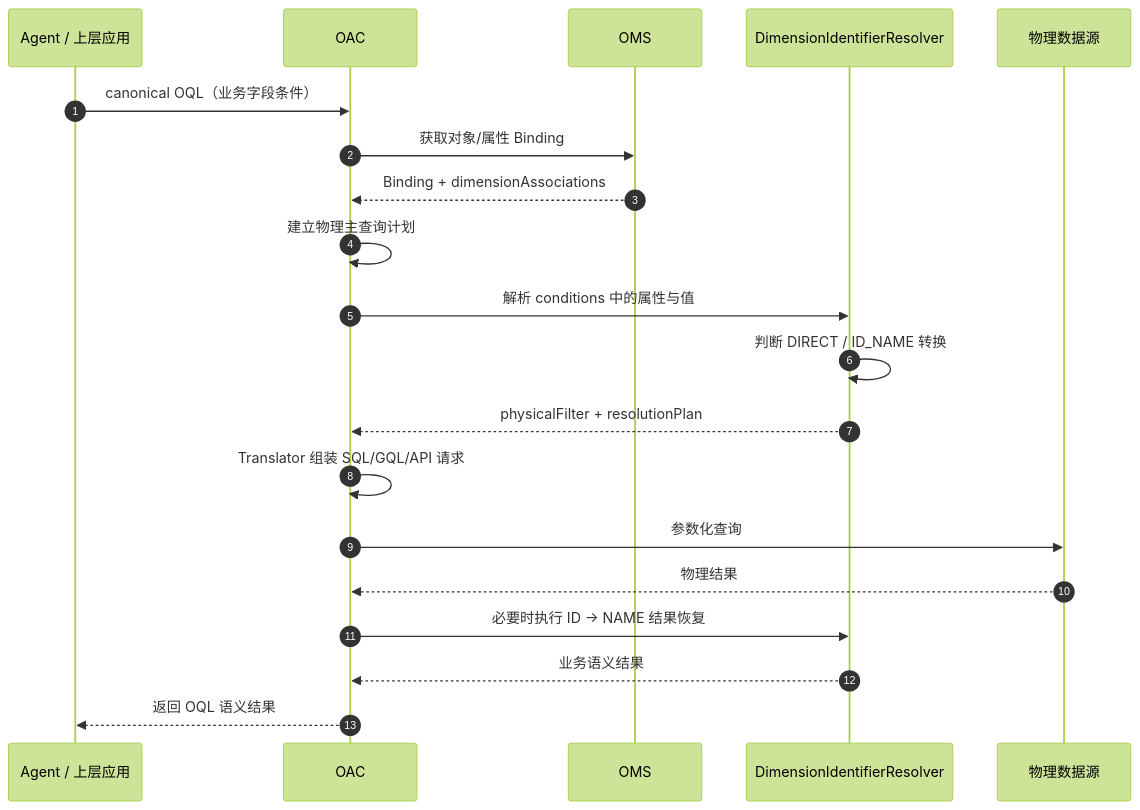
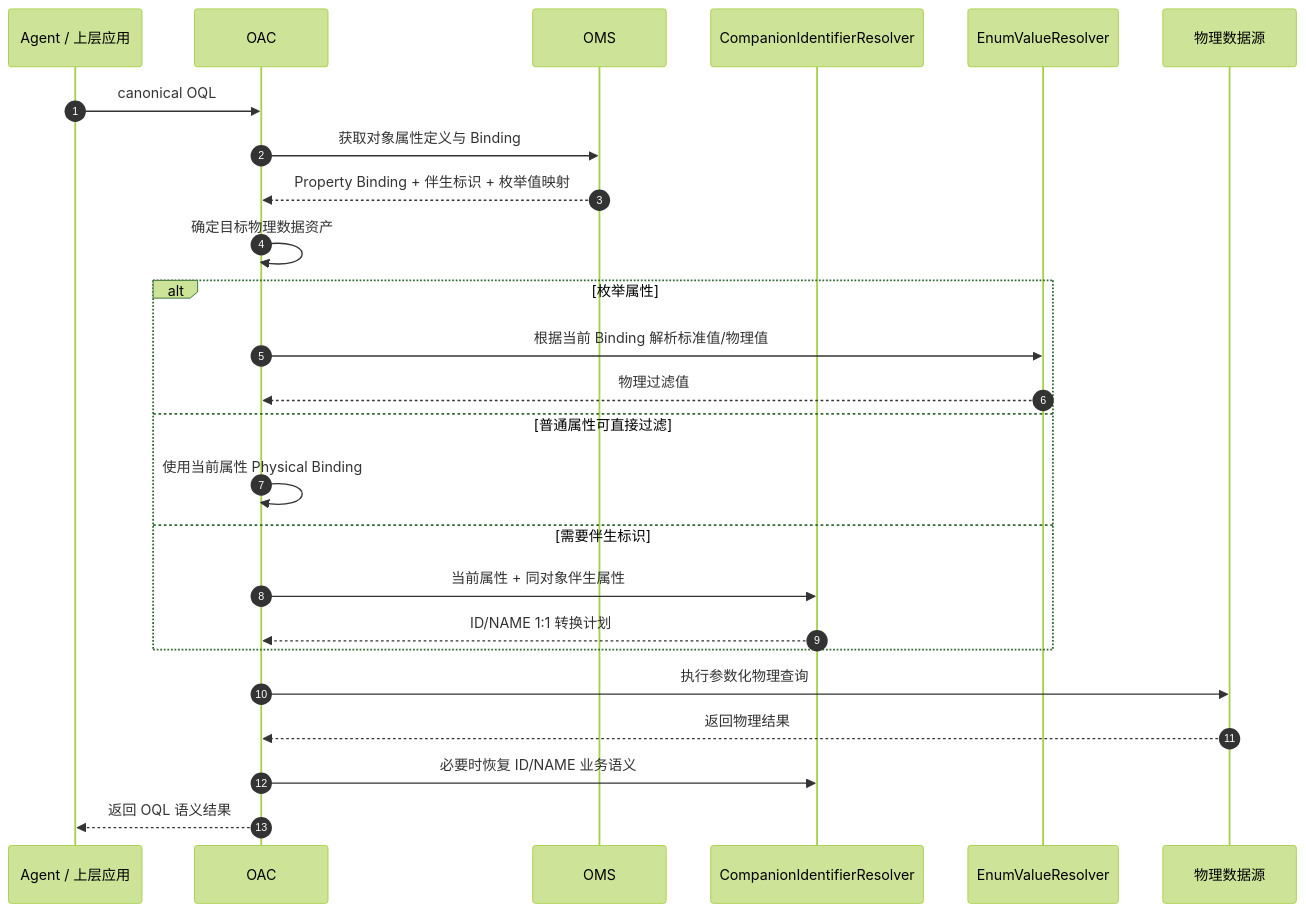
One commit to cfwl100/onology_dsl changed the diagram in docs/SR20260829399078 多标识语义解析与自动转换 功能设计说明书.md. Above: the diagram before and after it, drawn with Mermaid (forest theme). The commit also changed other lines of this file, not shown here.

Commit message:
docs: simplify companion identifier design for SR20260829399078

````diff
--- a/docs/SR20260829399078 多标识语义解析与自动转换 功能设计说明书.md
+++ b/docs/SR20260829399078 多标识语义解析与自动转换 功能设计说明书.md
@@ -1052,23 +937,28 @@
 ```mermaid
 sequenceDiagram
     autonumber
     participant A as Agent / 上层应用
     participant O as OAC
     participant M as OMS
-    participant R as DimensionIdentifierResolver
+    participant C as CompanionIdentifierResolver
+    participant E as EnumValueResolver
     participant D as 物理数据源
 
-    A->>O: canonical OQL（业务字段条件）
-    O->>M: 获取对象/属性 Binding
-    M-->>O: Binding + dimensionAssociations
-    O->>O: 建立物理主查询计划
-    O->>R: 解析 conditions 中的属性与值
-    R->>R: 判断 DIRECT / ID_NAME 转换
-    R-->>O: physicalFilter + resolutionPlan
-    O->>O: Translator 组装 SQL/GQL/API 请求
-    O->>D: 参数化查询
-    D-->>O: 物理结果
-    O->>R: 必要时执行 ID -> NAME 结果恢复
-    R-->>O: 业务语义结果
+    A->>O: canonical OQL
+    O->>M: 获取对象属性定义与 Binding
+    M-->>O: Property Binding + 伴生标识 + 枚举值映射
+    O->>O: 确定目标物理数据资产
+    alt 枚举属性
+        O->>E: 根据当前 Binding 解析标准值/物理值
+        E-->>O: 物理过滤值
+    else 普通属性可直接过滤
+        O->>O: 使用当前属性 Physical Binding
+    else 需要伴生标识
+        O->>C: 当前属性 + 同对象伴生属性
+        C-->>O: ID/NAME 1:1 转换计划
+    end
+    O->>D: 执行参数化物理查询
+    D-->>O: 返回物理结果
+    O->>C: 必要时恢复 ID/NAME 业务语义
     O-->>A: 返回 OQL 语义结果
 ```
````
